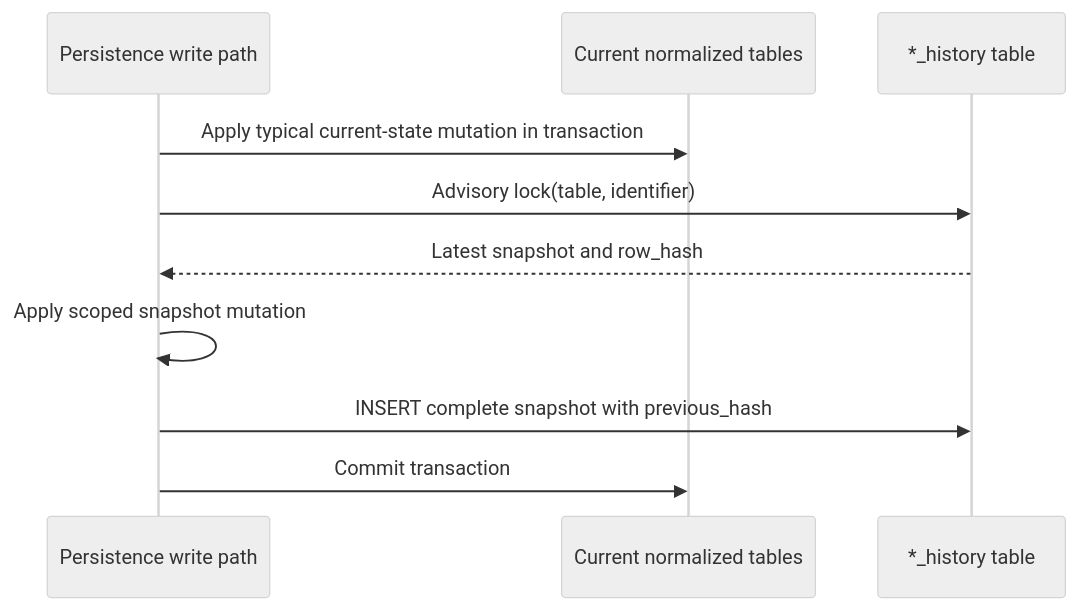
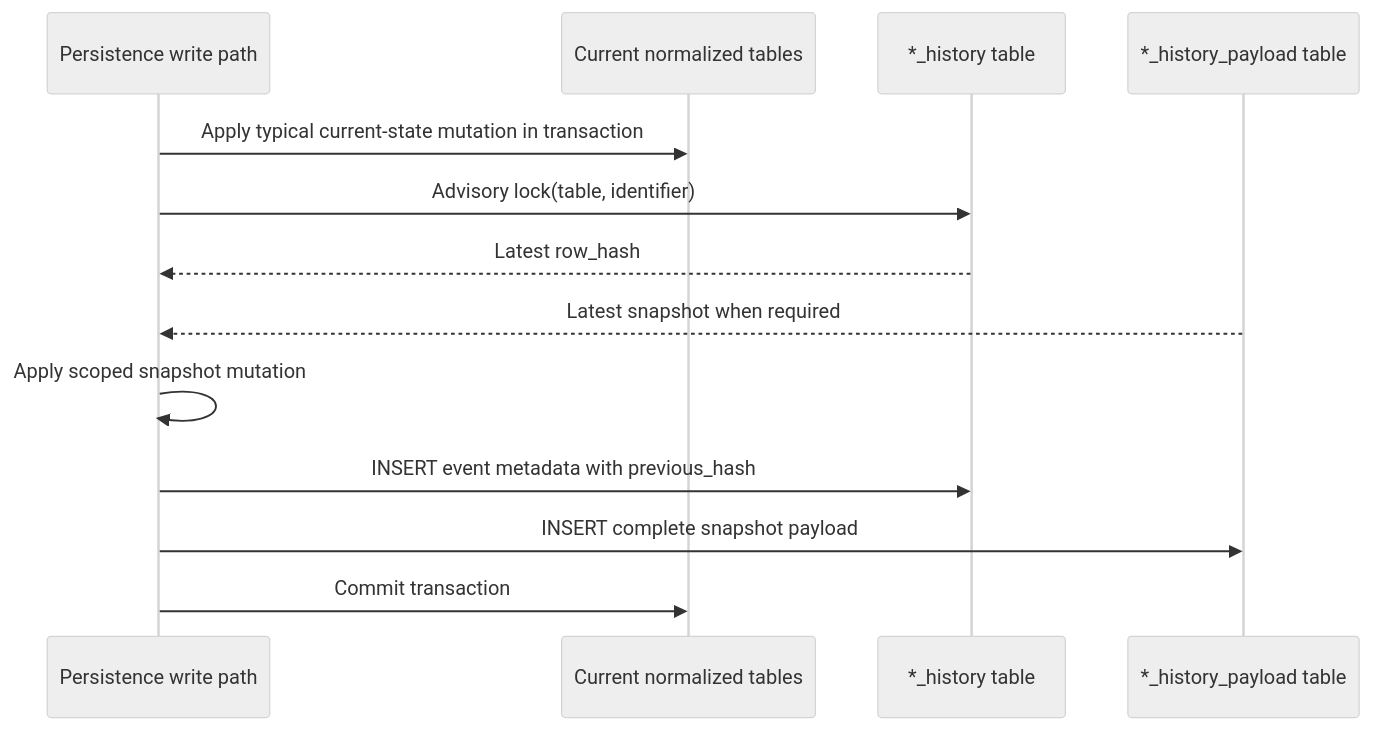
One commit to eclipse-basyx/basyx-go-components changed the first of 3 diagrams in docu/developer/aas_v3_2_runtime.md. Above: the diagram before and after it, drawn with Mermaid (neutral theme). The commit also changed other lines of this file and 22 other files, not shown here.

````diff
--- a/docu/developer/aas_v3_2_runtime.md
+++ b/docu/developer/aas_v3_2_runtime.md
@@ -105,12 +113,15 @@
 ```mermaid
 sequenceDiagram
     participant API as Persistence write path
     participant Live as Current normalized tables
-    participant History as *_history table
+    participant Metadata as *_history table
+    participant Payload as *_history_payload table
     API->>Live: Apply typical current-state mutation in transaction
-    API->>History: Advisory lock(table, identifier)
-    History-->>API: Latest snapshot and row_hash
+    API->>Metadata: Advisory lock(table, identifier)
+    Metadata-->>API: Latest row_hash
+    Payload-->>API: Latest snapshot when required
     API->>API: Apply scoped snapshot mutation
-    API->>History: INSERT complete snapshot with previous_hash
+    API->>Metadata: INSERT event metadata with previous_hash
+    API->>Payload: INSERT complete snapshot payload
     API->>Live: Commit transaction
 ```
````
